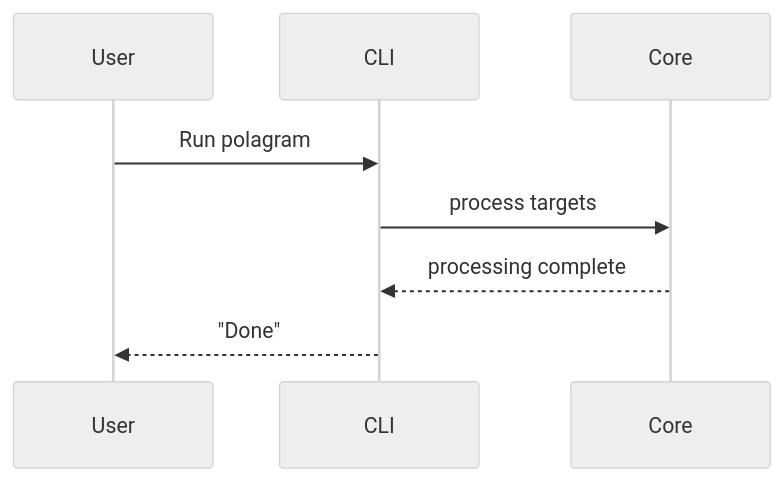
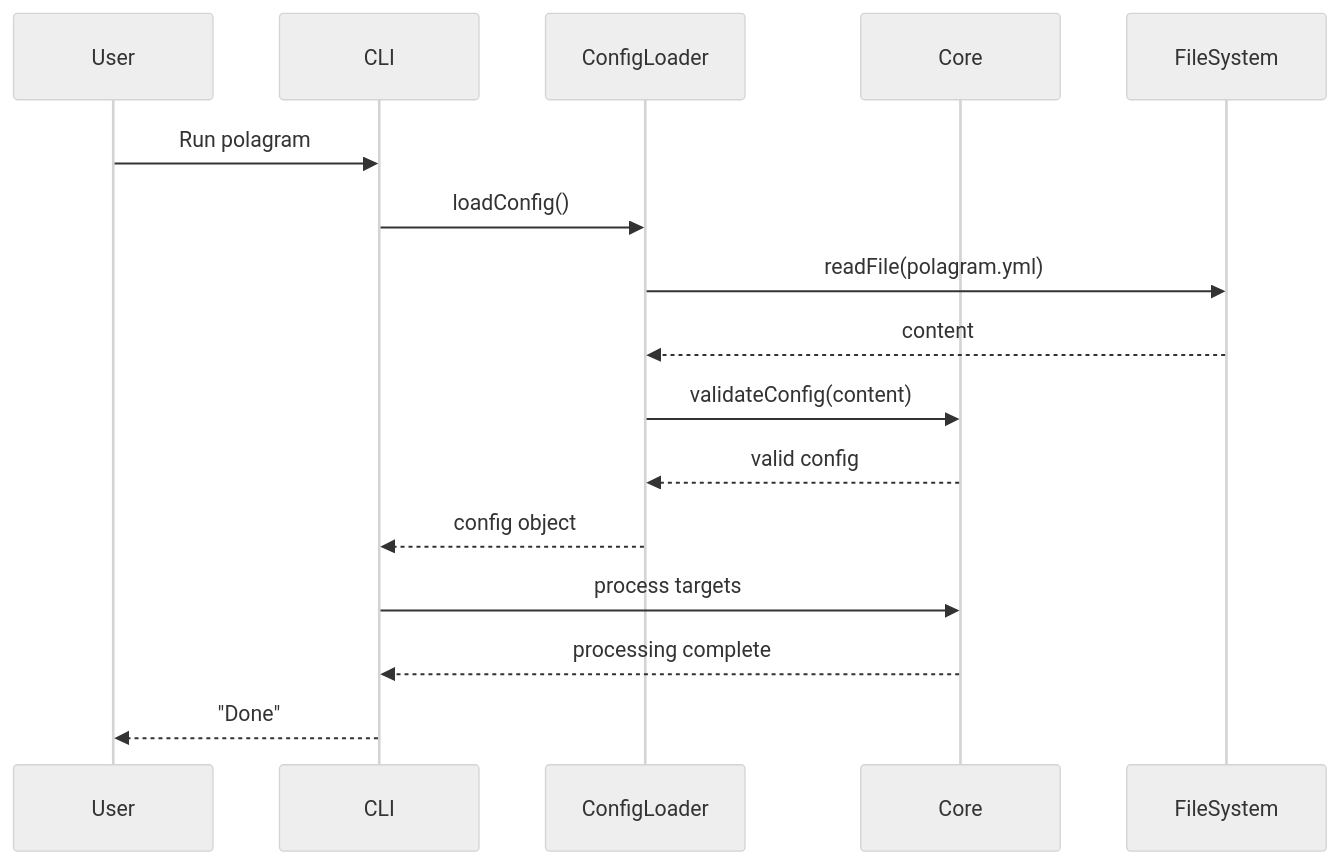
One commit to Jun-T-git/polagram changed the diagram in packages/core/docs/sequence/generated/sequence.simple.mmd. Above: the diagram before and after it, drawn with Mermaid (neutral theme). The commit also changed 12 other files, not shown here.

Commit message:
feat: Redesign homepage to demonstrate diagram transformation and add `removeMessage` operation.

```diff
--- a/packages/core/docs/sequence/generated/sequence.simple.mmd
+++ b/packages/core/docs/sequence/generated/sequence.simple.mmd
@@ -1,8 +1,16 @@
 sequenceDiagram
     participant User
     participant CLI
+    participant ConfigLoader
     participant Core
+    participant FileSystem
     User->>CLI: Run polagram
+    CLI->>ConfigLoader: loadConfig()
+    ConfigLoader->>FileSystem: readFile(polagram.yml)
+    FileSystem-->>ConfigLoader: content
+    ConfigLoader->>Core: validateConfig(content)
+    Core-->>ConfigLoader: valid config
+    ConfigLoader-->>CLI: config object
     CLI->>Core: process targets
     Core-->>CLI: processing complete
     CLI-->>User: "Done"
```
